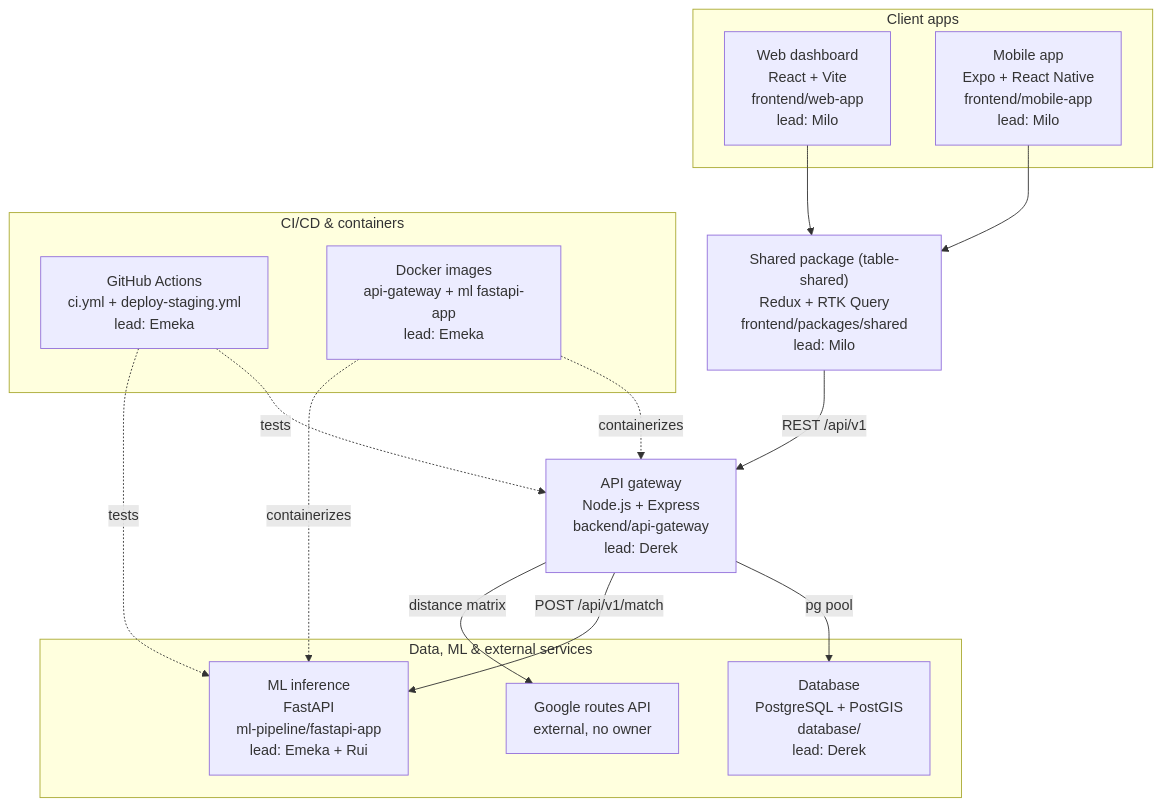
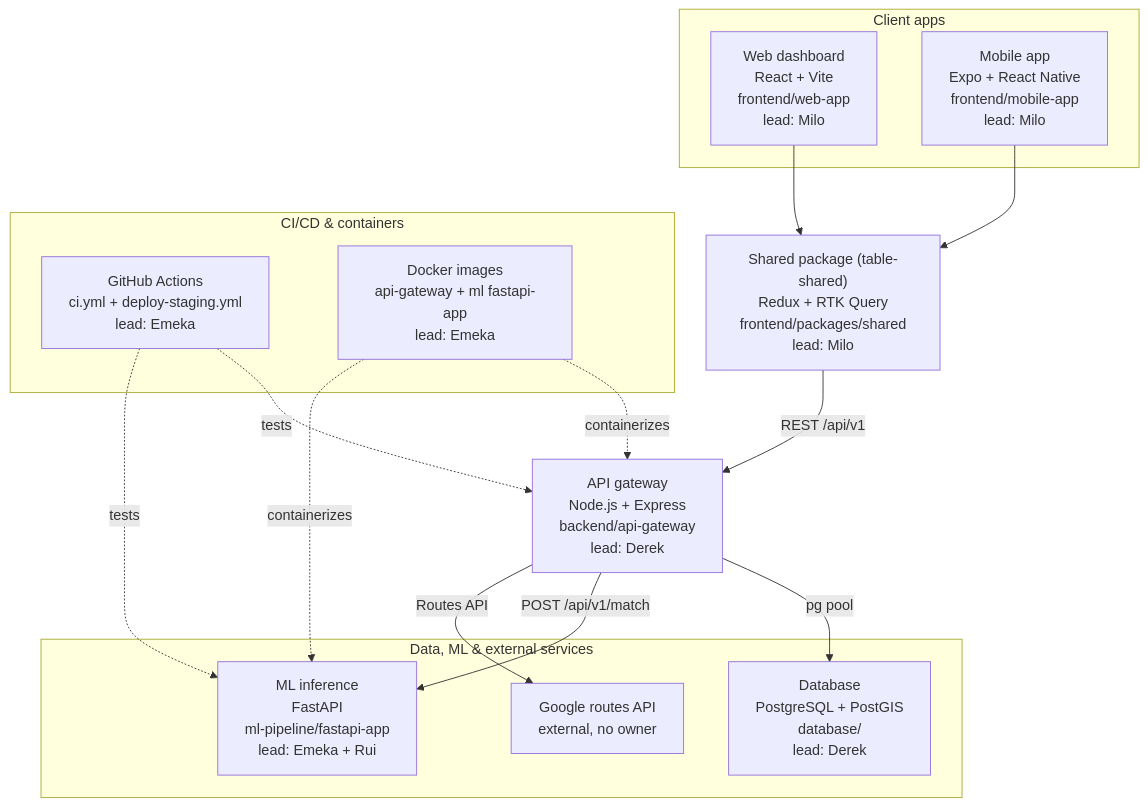
Before and after one commit to chukwuemekanwoke-jpg/comp47360-team2: the first of 2 diagrams in docs/system-architecture-map.md, drawn with Mermaid. The commit also changed other lines of this file and 7 other files, not shown here.

````diff
--- a/docs/system-architecture-map.md
+++ b/docs/system-architecture-map.md
@@ -8,33 +8,33 @@
 ```mermaid
 flowchart TD
     subgraph Clients["Client apps"]
         WEB["Web dashboard<br/>React + Vite<br/>frontend/web-app<br/>lead: Milo"]
         MOBILE["Mobile app<br/>Expo + React Native<br/>frontend/mobile-app<br/>lead: Milo"]
     end
 
     SHARED["Shared package (table-shared)<br/>Redux + RTK Query<br/>frontend/packages/shared<br/>lead: Milo"]
 
     GATEWAY["API gateway<br/>Node.js + Express<br/>backend/api-gateway<br/>lead: Derek"]
 
     subgraph Services["Data, ML & external services"]
         DB["Database<br/>PostgreSQL + PostGIS<br/>database/<br/>lead: Derek"]
         ML["ML inference<br/>FastAPI<br/>ml-pipeline/fastapi-app<br/>lead: Emeka + Rui"]
         MAPS["Google routes API<br/>external, no owner"]
     end
 
     subgraph CI["CI/CD & containers"]
         GHA["GitHub Actions<br/>ci.yml + deploy-staging.yml<br/>lead: Emeka"]
         DOCKER["Docker images<br/>api-gateway + ml fastapi-app<br/>lead: Emeka"]
     end
 
     WEB --> SHARED
     MOBILE --> SHARED
     SHARED -->|"REST /api/v1"| GATEWAY
     GATEWAY -->|"pg pool"| DB
     GATEWAY -->|"POST /api/v1/match"| ML
-    GATEWAY -->|"distance matrix"| MAPS
+    GATEWAY -->|"Routes API"| MAPS
     GHA -.->|"tests"| GATEWAY
     GHA -.->|"tests"| ML
     DOCKER -.->|"containerizes"| GATEWAY
     DOCKER -.->|"containerizes"| ML
 ```
````
